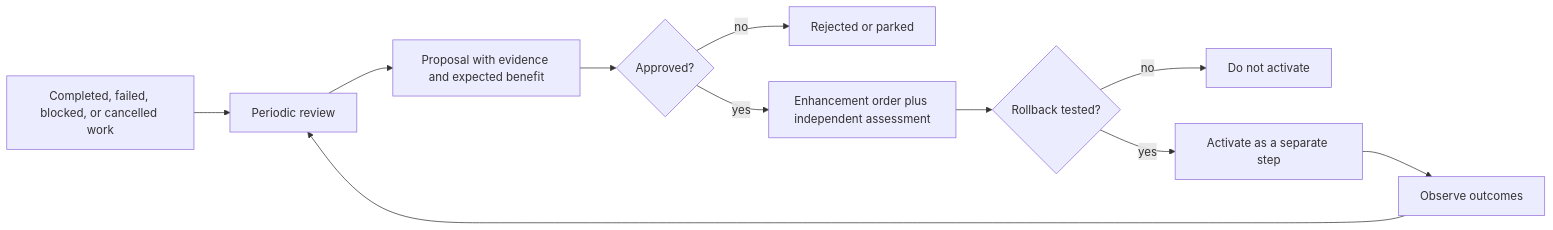
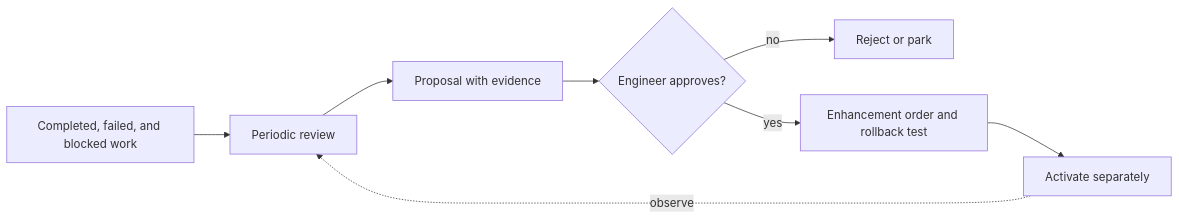
One commit to piton-lang/factory changed the diagram in docs/github/guides/evolution.md. Above: the diagram before and after it, drawn with Mermaid. The commit also changed other lines of this file and 37 other files, not shown here.

````diff
--- a/docs/github/guides/evolution.md
+++ b/docs/github/guides/evolution.md
@@ -7,13 +12,10 @@
 ```mermaid
 flowchart LR
-    A["Completed, failed, blocked, or cancelled work"] --> B["Periodic review"]
-    B --> C["Proposal with evidence and expected benefit"]
-    C --> D{"Approved?"}
-    D -->|no| E["Rejected or parked"]
-    D -->|yes| F["Enhancement order plus independent assessment"]
-    F --> G{"Rollback tested?"}
-    G -->|no| H["Do not activate"]
-    G -->|yes| I["Activate as a separate step"]
-    I --> J["Observe outcomes"]
-    J --> B
+    Evidence["Completed, failed, and blocked work"] --> Review["Periodic review"]
+    Review --> Proposal["Proposal with evidence"]
+    Proposal --> Approve{"Engineer approves?"}
+    Approve -->|no| Park["Reject or park"]
+    Approve -->|yes| Test["Enhancement order and rollback test"]
+    Test --> Activate["Activate separately"]
+    Activate -.->|observe| Review
 ```
````
